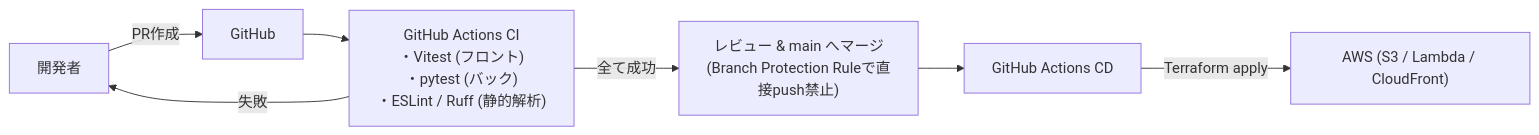
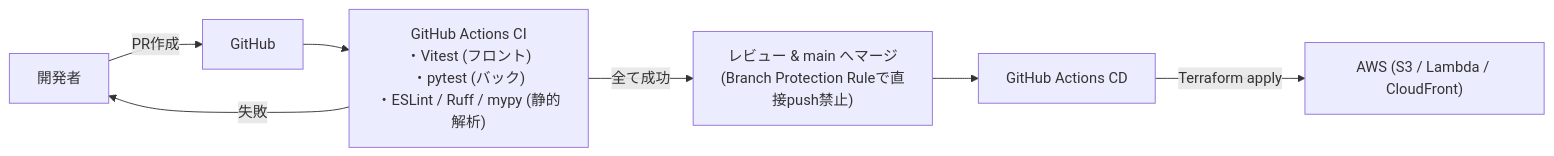
The seventh of 8 diagrams in docs/architecture.md (EisukeHishikawa/adapt-sheet), drawn with Mermaid before and after one commit. The commit also changed 11 other files, not shown here.

````diff
--- a/docs/architecture.md
+++ b/docs/architecture.md
@@ -245,9 +245,9 @@
 ```mermaid
 flowchart LR
     Dev["開発者"] -->|PR作成| GitHub["GitHub"]
-    GitHub --> CI["GitHub Actions CI<br/>・Vitest (フロント)<br/>・pytest (バック)<br/>・ESLint / Ruff (静的解析)"]
+    GitHub --> CI["GitHub Actions CI<br/>・Vitest (フロント)<br/>・pytest (バック)<br/>・ESLint / Ruff / mypy (静的解析)"]
     CI -->|全て成功| Review["レビュー & main へマージ<br/>(Branch Protection Ruleで直接push禁止)"]
     CI -->|失敗| Dev
     Review --> CD["GitHub Actions CD"]
     CD -->|"Terraform apply"| AWSInfra["AWS (S3 / Lambda / CloudFront)"]
 ```
````
